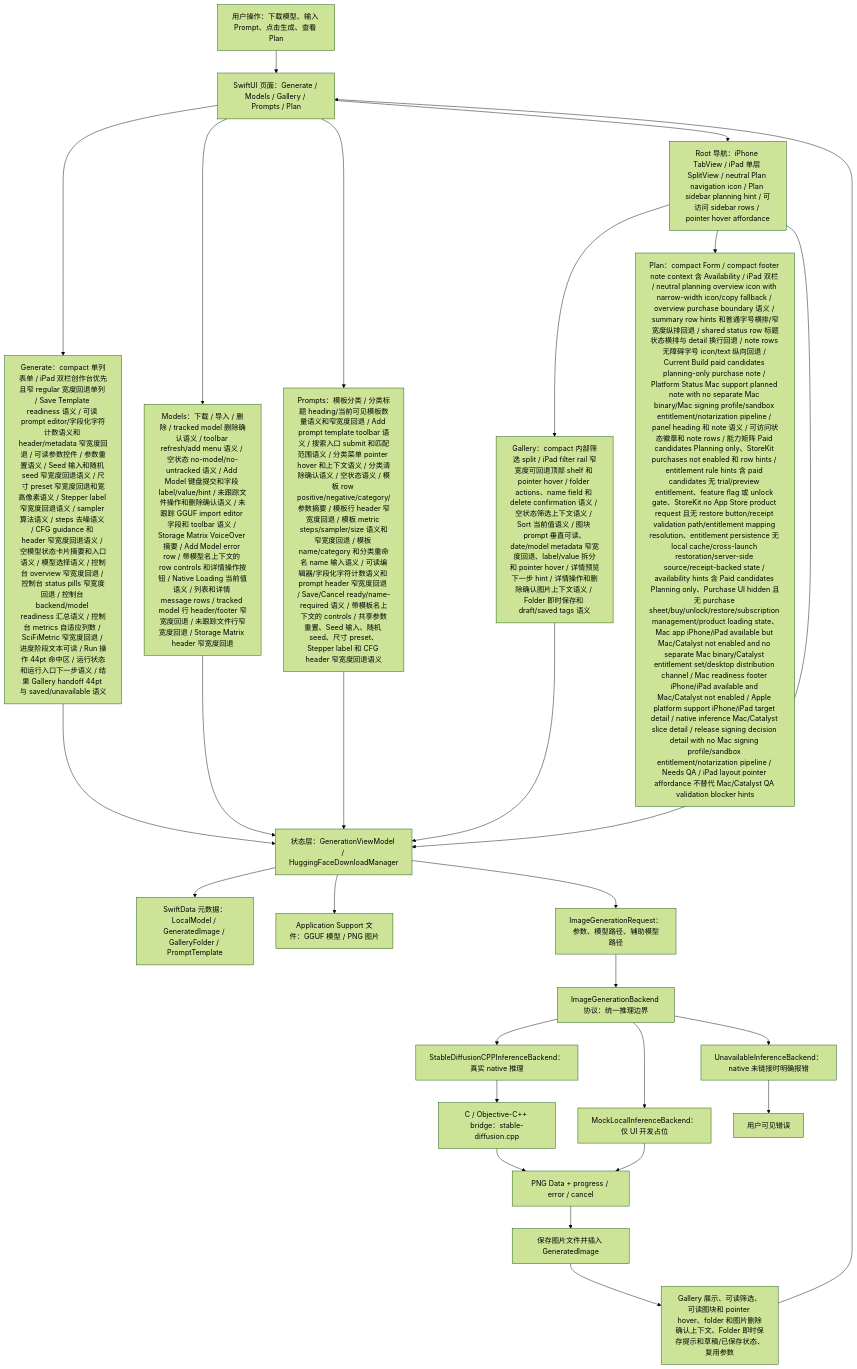
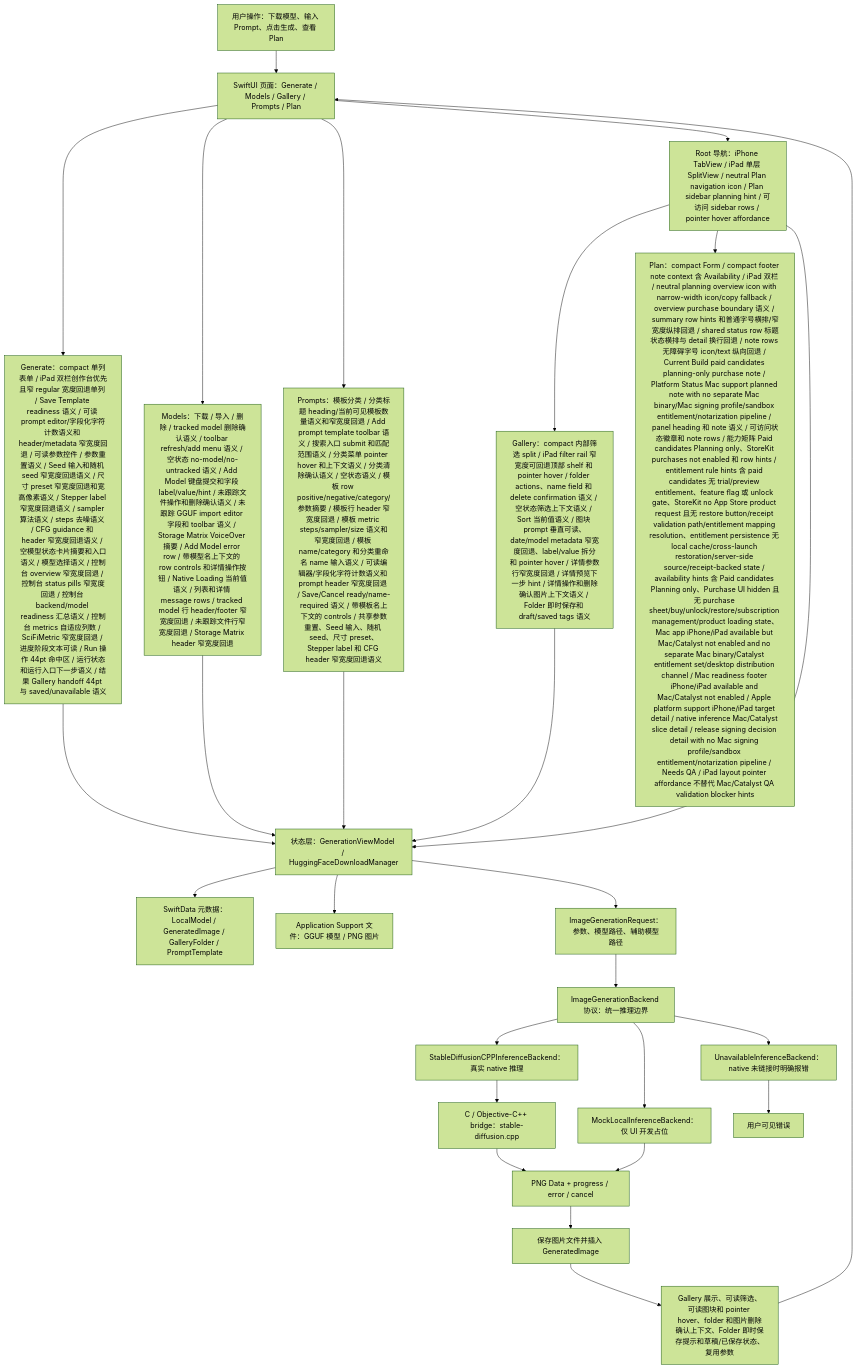
Before and after one commit to Altman-sam114/118: the first of 7 diagrams in md/flow/flowchart.md, drawn with Mermaid (forest theme). The commit also changed 5 other files, not shown here.

````diff
--- a/md/flow/flowchart.md
+++ b/md/flow/flowchart.md
@@ -9,29 +9,29 @@
 ```mermaid
 flowchart TD
   U["用户操作：下载模型、输入 Prompt、点击生成、查看 Plan"] --> UI["SwiftUI 页面：Generate / Models / Gallery / Prompts / Plan"]
   UI --> GENUI["Generate：compact 单列表单 / iPad 双栏创作台优先且窄 regular 宽度回退单列 / Save Template readiness 语义 / 可读 prompt editor/字段化字符计数语义和 header/metadata 窄宽度回退 / 可读参数控件 / 参数重置语义 / Seed 输入和随机 seed 窄宽度回退语义 / 尺寸 preset 窄宽度回退和宽高像素语义 / Stepper label 窄宽度回退语义 / sampler 算法语义 / steps 去噪语义 / CFG guidance 和 header 窄宽度回退语义 / 空模型状态卡片摘要和入口语义 / 模型选择语义 / 控制台 overview 窄宽度回退 / 控制台 status pills 窄宽度回退 / 控制台 backend/model readiness 汇总语义 / 控制台 metrics 自适应列数 / SciFiMetric 窄宽度回退 / 进度阶段文本可读 / Run 操作 44pt 命中区 / 运行状态和运行入口下一步语义 / 结果 Gallery handoff 44pt 与 saved/unavailable 语义"]
   UI --> MODELUI["Models：下载 / 导入 / 删除 / tracked model 删除确认语义 / toolbar refresh/add menu 语义 / 空状态 no-model/no-untracked 语义 / Add Model 键盘提交和字段 label/value/hint / 未跟踪文件操作和删除确认语义 / 未跟踪 GGUF import editor 字段和 toolbar 语义 / Storage Matrix VoiceOver 摘要 / Add Model error row / 带模型名上下文的 row controls 和详情操作按钮 / Native Loading 当前值语义 / 列表和详情 message rows / tracked model 行 header/footer 窄宽度回退 / 未跟踪文件行窄宽度回退 / Storage Matrix header 窄宽度回退"]
   UI --> PROMPTUI["Prompts：模板分类 / 分类标题 heading/当前可见模板数量语义和窄宽度回退 / Add prompt template toolbar 语义 / 搜索入口 submit 和匹配范围语义 / 分类菜单 pointer hover 和上下文语义 / 分类清除确认语义 / 空状态语义 / 模板 row positive/negative/category/参数摘要 / 模板行 header 窄宽度回退 / 模板 metric steps/sampler/size 语义和窄宽度回退 / 模板 name/category 和分类重命名 name 输入语义 / 可读编辑器/字段化字符计数语义和 prompt header 窄宽度回退 / Save/Cancel ready/name-required 语义 / 带模板名上下文的 controls / 共享参数重置、Seed 输入、随机 seed、尺寸 preset、Stepper label 和 CFG header 窄宽度回退语义"]
   UI --> NAV["Root 导航：iPhone TabView / iPad 单层 SplitView / neutral Plan navigation icon / Plan sidebar planning hint / 可访问 sidebar rows / pointer hover affordance"]
-  NAV --> GALUI["Gallery：compact 内部筛选 split / iPad filter rail 窄宽度可回退顶部 shelf 和 pointer hover / folder actions、name field 和 delete confirmation 语义 / 空状态筛选上下文语义 / Sort 当前值语义 / 图块 prompt 垂直可读、date/model metadata 窄宽度回退、label/value 拆分和 pointer hover / 详情预览下一步 hint / 详情操作和删除确认图片上下文语义 / Folder 即时保存和 draft/saved tags 语义"]
+  NAV --> GALUI["Gallery：compact 内部筛选 split / iPad filter rail 窄宽度可回退顶部 shelf 和 pointer hover / folder actions、name field 和 delete confirmation 语义 / 空状态筛选上下文语义 / Sort 当前值语义 / 图块 prompt 垂直可读、date/model metadata 窄宽度回退、label/value 拆分和 pointer hover / 详情参数行窄宽度回退 / 详情预览下一步 hint / 详情操作和删除确认图片上下文语义 / Folder 即时保存和 draft/saved tags 语义"]
   NAV --> PLANUI["Plan：compact Form / compact footer note context 含 Availability / iPad 双栏 / neutral planning overview icon with narrow-width icon/copy fallback / overview purchase boundary 语义 / summary row hints 和普通字号横排/窄宽度纵排回退 / shared status row 标题状态横排与 detail 换行回退 / note rows 无障碍字号 icon/text 纵向回退 / Current Build paid candidates planning-only purchase note / Platform Status Mac support planned note with no separate Mac binary/Mac signing profile/sandbox entitlement/notarization pipeline / panel heading 和 note 语义 / 可访问状态徽章和 note rows / 能力矩阵 Paid candidates Planning only、StoreKit purchases not enabled 和 row hints / entitlement rule hints 含 paid candidates 无 trial/preview entitlement、feature flag 或 unlock gate、StoreKit no App Store product request 且无 restore button/receipt validation path/entitlement mapping resolution、entitlement persistence 无 local cache/cross-launch restoration/server-side source/receipt-backed state / availability hints 含 Paid candidates Planning only、Purchase UI hidden 且无 purchase sheet/buy/unlock/restore/subscription management/product loading state、Mac app iPhone/iPad available but Mac/Catalyst not enabled and no separate Mac binary/Catalyst entitlement set/desktop distribution channel / Mac readiness footer iPhone/iPad available and Mac/Catalyst not enabled / Apple platform support iPhone/iPad target detail / native inference Mac/Catalyst slice detail / release signing decision detail with no Mac signing profile/sandbox entitlement/notarization pipeline / Needs QA / iPad layout pointer affordance 不替代 Mac/Catalyst QA validation blocker hints"]
   NAV --> VM["状态层：GenerationViewModel / HuggingFaceDownloadManager"]
   GENUI --> VM
   MODELUI --> VM
   PROMPTUI --> VM
   GALUI --> VM
   VM --> SD["SwiftData 元数据：LocalModel / GeneratedImage / GalleryFolder / PromptTemplate"]
   VM --> FS["Application Support 文件：GGUF 模型 / PNG 图片"]
   VM --> REQ["ImageGenerationRequest：参数、模型路径、辅助模型路径"]
   REQ --> IFACE["ImageGenerationBackend 协议：统一推理边界"]
   IFACE --> NATIVE["StableDiffusionCPPInferenceBackend：真实 native 推理"]
   IFACE --> MOCK["MockLocalInferenceBackend：仅 UI 开发占位"]
   IFACE --> OFF["UnavailableInferenceBackend：native 未链接时明确报错"]
   NATIVE --> BRIDGE["C / Objective-C++ bridge：stable-diffusion.cpp"]
   BRIDGE --> PNG["PNG Data + progress / error / cancel"]
   MOCK --> PNG
   OFF --> ERR["用户可见错误"]
   PNG --> SAVE["保存图片文件并插入 GeneratedImage"]
   SAVE --> GALLERY["Gallery 展示、可读筛选、可读图块和 pointer hover、folder 和图片删除确认上下文、Folder 即时保存提示和草稿/已保存状态、复用参数"]
   GALLERY --> UI
 ```
````
